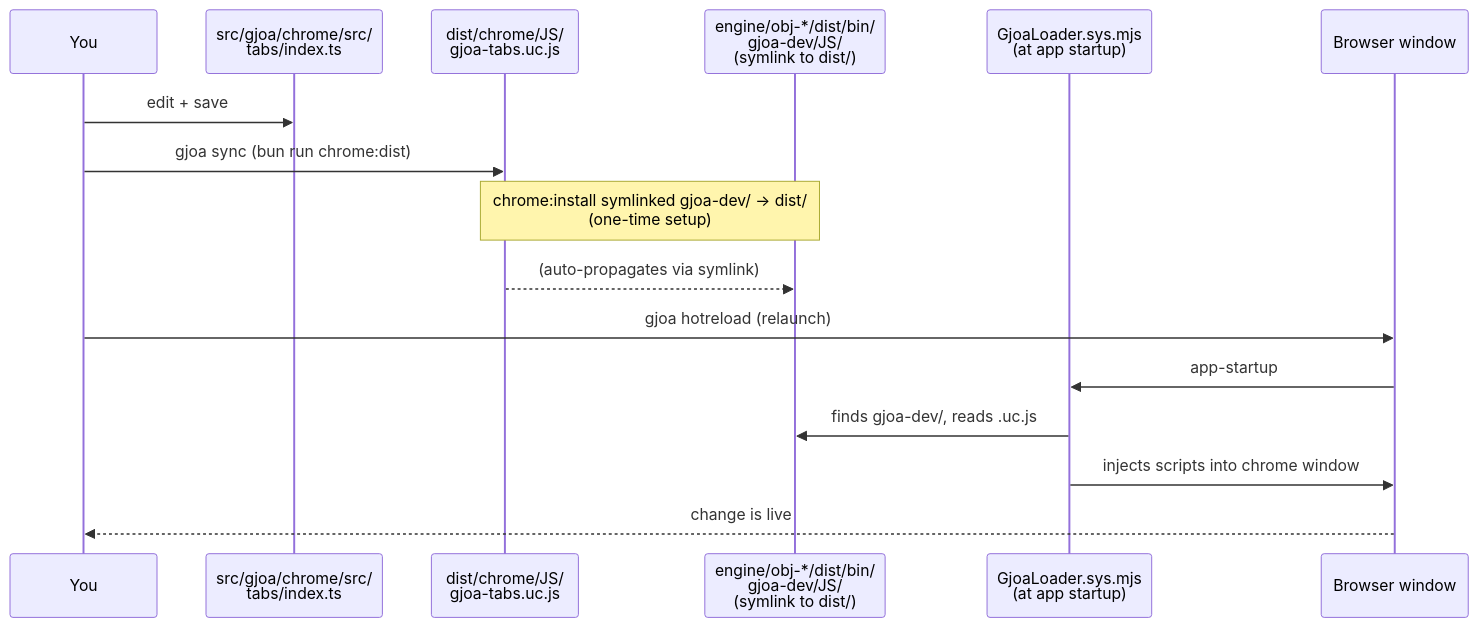
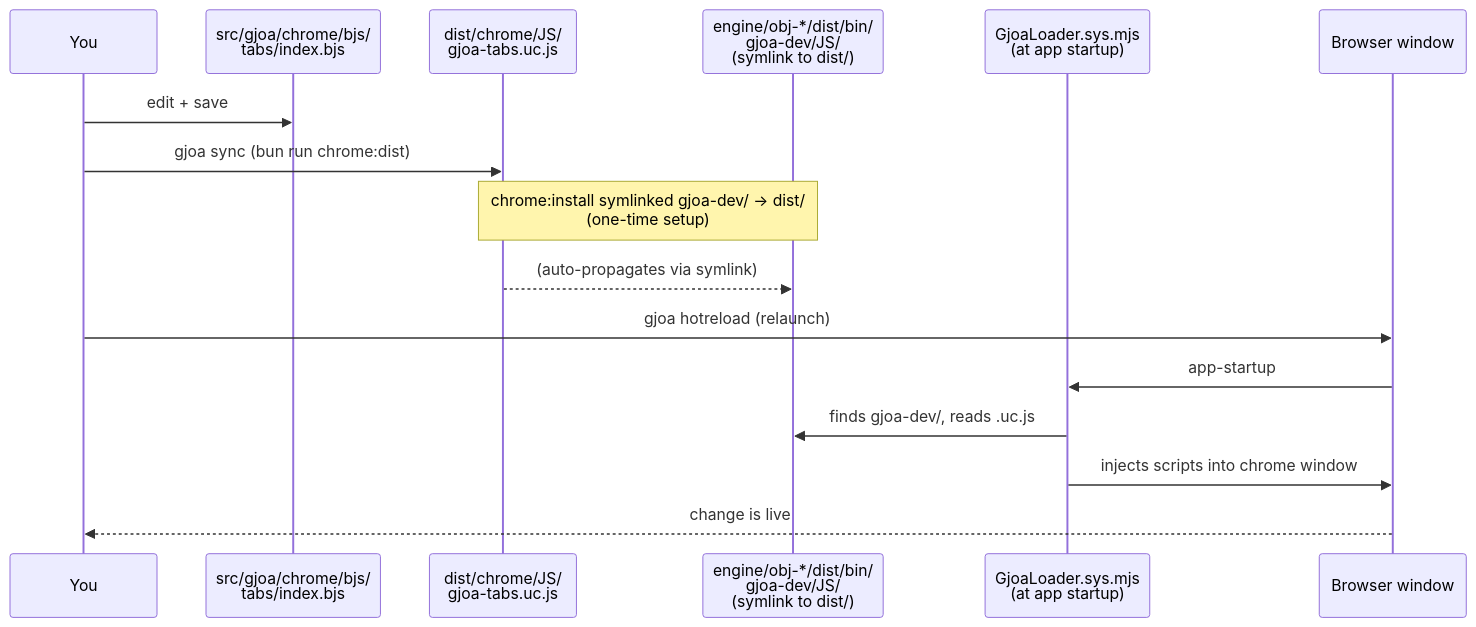
The third of 4 diagrams in docs/ARCHITECTURE.md (tompassarelli/gjoa), drawn with Mermaid before and after one commit. The commit also changed other lines of this file and 59 other files, not shown here.

````diff
--- a/docs/ARCHITECTURE.md
+++ b/docs/ARCHITECTURE.md
@@ -122,19 +120,19 @@
 ```mermaid
 sequenceDiagram
     participant You
-    participant TS as src/gjoa/chrome/src/<br>tabs/index.ts
+    participant BJS as src/gjoa/chrome/bjs/<br>tabs/index.bjs
     participant Dist as dist/chrome/JS/<br>gjoa-tabs.uc.js
     participant Mach as engine/obj-*/dist/bin/<br>gjoa-dev/JS/<br>(symlink to dist/)
     participant Loader as GjoaLoader.sys.mjs<br>(at app startup)
     participant Win as Browser window
 
-    You->>TS: edit + save
+    You->>BJS: edit + save
     You->>Dist: gjoa sync (bun run chrome:dist)
     Note over Dist,Mach: chrome:install symlinked gjoa-dev/ → dist/<br>(one-time setup)
     Dist-->>Mach: (auto-propagates via symlink)
     You->>Win: gjoa hotreload (relaunch)
     Win->>Loader: app-startup
     Loader->>Mach: finds gjoa-dev/, reads .uc.js
     Loader->>Win: injects scripts into chrome window
     Win-->>You: change is live
 ```
````
